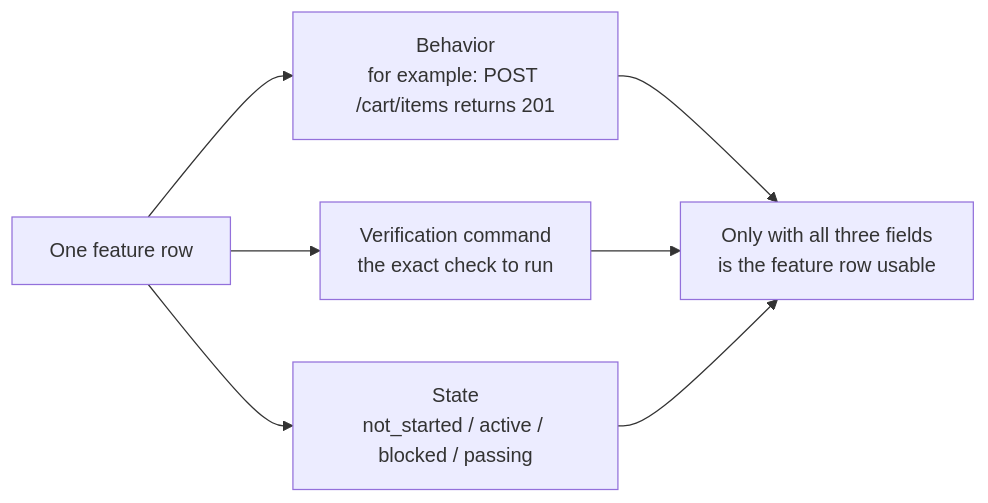
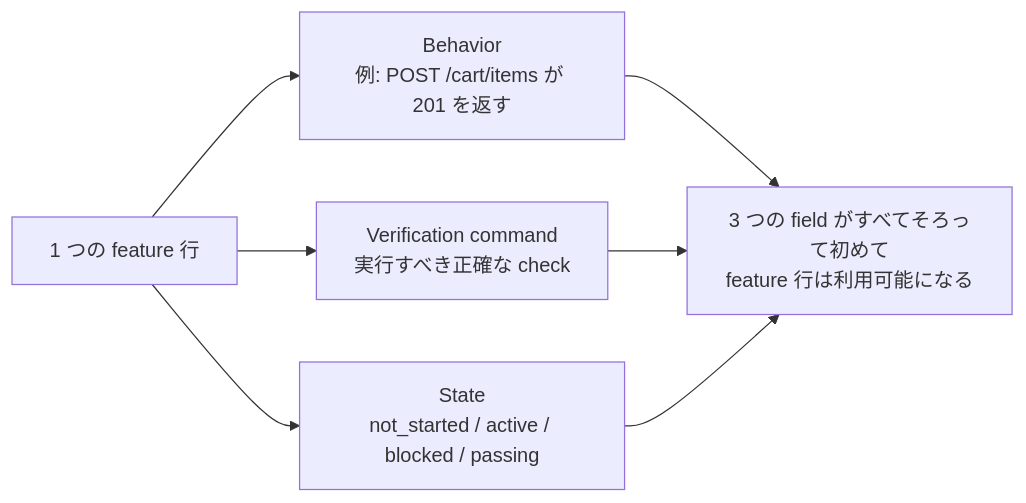
One commit to mkusaka/learn-harness-engineering changed the first of 2 diagrams in docs/en/lectures/lecture-08-why-feature-lists-are-harness-primitives/index.md. Above: the diagram before and after it, drawn with Mermaid. The commit also changed other lines of this file and 571 other files, not shown here.

````diff
--- a/docs/en/lectures/lecture-08-why-feature-lists-are-harness-primitives/index.md
+++ b/docs/en/lectures/lecture-08-why-feature-lists-are-harness-primitives/index.md
@@ -29,10 +29,10 @@
 ```mermaid
 flowchart LR
-    Feature["One feature row"] --> Behavior["Behavior<br/>for example: POST /cart/items returns 201"]
-    Feature --> Check["Verification command<br/>the exact check to run"]
+    Feature["1 つの feature 行"] --> Behavior["Behavior<br/>例: POST /cart/items が 201 を返す"]
+    Feature --> Check["Verification command<br/>実行すべき正確な check"]
     Feature --> State["State<br/>not_started / active / blocked / passing"]
 
-    Behavior --> Complete["Only with all three fields<br/>is the feature row usable"]
+    Behavior --> Complete["3 つの field がすべてそろって初めて<br/>feature 行は利用可能になる"]
     Check --> Complete
     State --> Complete
 ```
````
